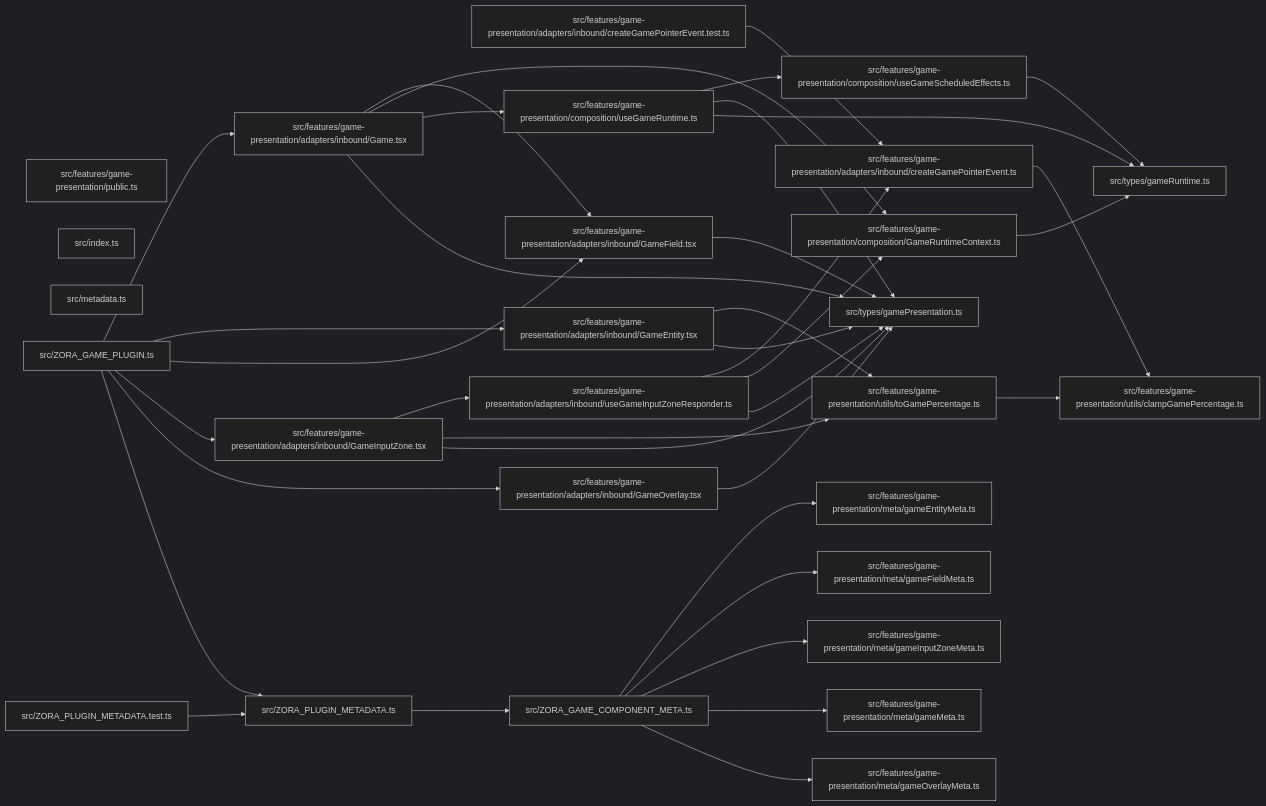
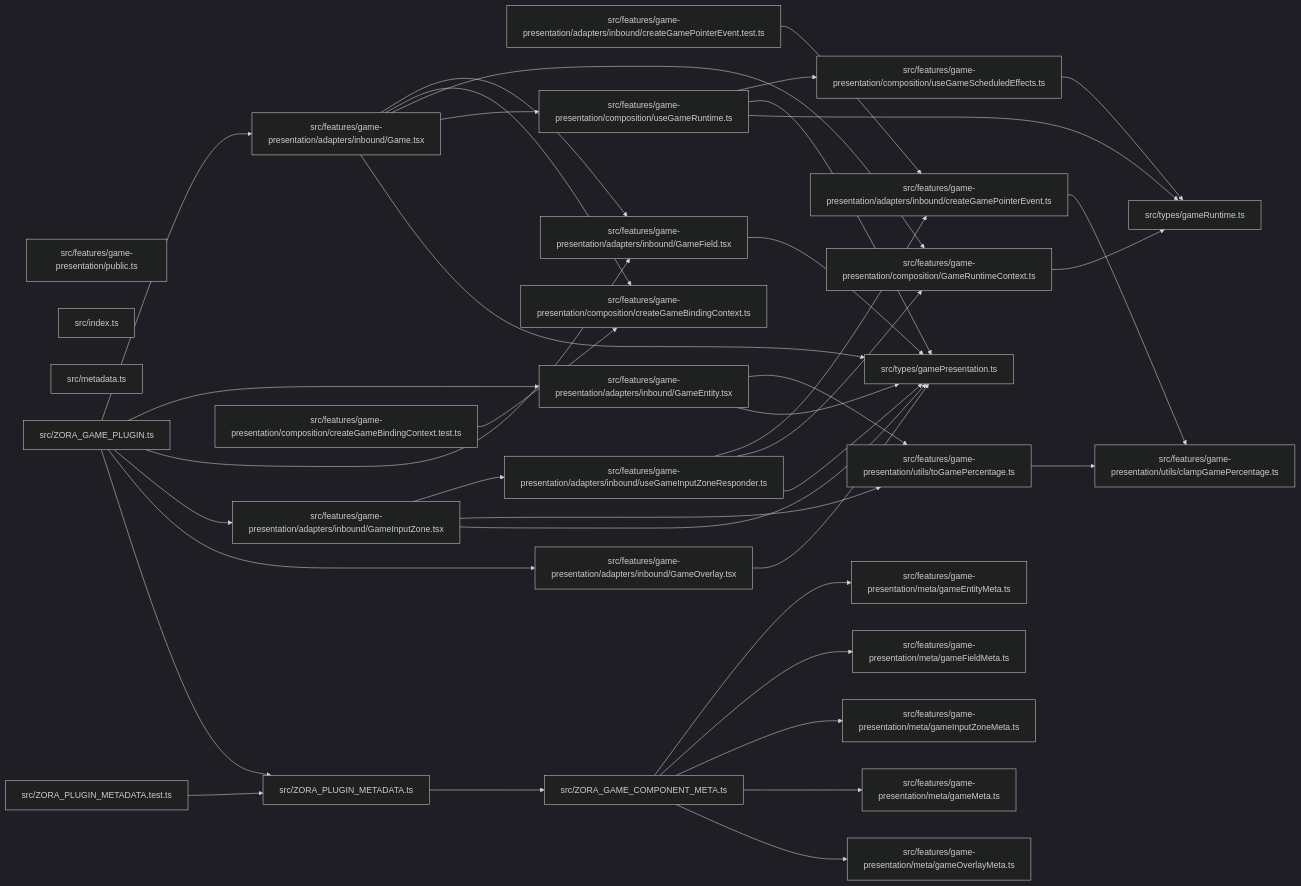
One commit to ankhorage/zora-game changed the diagram in paradox/diagrams/module-relationships.mmd. Above: the diagram before and after it, drawn with Mermaid (dark theme). The commit also changed 12 other files, not shown here.

```diff
--- a/paradox/diagrams/module-relationships.mmd
+++ b/paradox/diagrams/module-relationships.mmd
@@ -1,63 +1,67 @@
 graph LR
   module_src_features_game_presentation_adapters_inbound_createGamePointerEvent_test_ts["src/features/game-presentation/adapters/inbound/createGamePointerEvent.test.ts"]
   module_src_features_game_presentation_adapters_inbound_createGamePointerEvent_ts["src/features/game-presentation/adapters/inbound/createGamePointerEvent.ts"]
   module_src_features_game_presentation_adapters_inbound_Game_tsx["src/features/game-presentation/adapters/inbound/Game.tsx"]
   module_src_features_game_presentation_adapters_inbound_GameEntity_tsx["src/features/game-presentation/adapters/inbound/GameEntity.tsx"]
   module_src_features_game_presentation_adapters_inbound_GameField_tsx["src/features/game-presentation/adapters/inbound/GameField.tsx"]
   module_src_features_game_presentation_adapters_inbound_GameInputZone_tsx["src/features/game-presentation/adapters/inbound/GameInputZone.tsx"]
   module_src_features_game_presentation_adapters_inbound_GameOverlay_tsx["src/features/game-presentation/adapters/inbound/GameOverlay.tsx"]
   module_src_features_game_presentation_adapters_inbound_useGameInputZoneResponder_ts["src/features/game-presentation/adapters/inbound/useGameInputZoneResponder.ts"]
+  module_src_features_game_presentation_composition_createGameBindingContext_test_ts["src/features/game-presentation/composition/createGameBindingContext.test.ts"]
+  module_src_features_game_presentation_composition_createGameBindingContext_ts["src/features/game-presentation/composition/createGameBindingContext.ts"]
   module_src_features_game_presentation_composition_GameRuntimeContext_ts["src/features/game-presentation/composition/GameRuntimeContext.ts"]
   module_src_features_game_presentation_composition_useGameRuntime_ts["src/features/game-presentation/composition/useGameRuntime.ts"]
   module_src_features_game_presentation_composition_useGameScheduledEffects_ts["src/features/game-presentation/composition/useGameScheduledEffects.ts"]
   module_src_features_game_presentation_meta_gameEntityMeta_ts["src/features/game-presentation/meta/gameEntityMeta.ts"]
   module_src_features_game_presentation_meta_gameFieldMeta_ts["src/features/game-presentation/meta/gameFieldMeta.ts"]
   module_src_features_game_presentation_meta_gameInputZoneMeta_ts["src/features/game-presentation/meta/gameInputZoneMeta.ts"]
   module_src_features_game_presentation_meta_gameMeta_ts["src/features/game-presentation/meta/gameMeta.ts"]
   module_src_features_game_presentation_meta_gameOverlayMeta_ts["src/features/game-presentation/meta/gameOverlayMeta.ts"]
   module_src_features_game_presentation_public_ts["src/features/game-presentation/public.ts"]
   module_src_features_game_presentation_utils_clampGamePercentage_ts["src/features/game-presentation/utils/clampGamePercentage.ts"]
   module_src_features_game_presentation_utils_toGamePercentage_ts["src/features/game-presentation/utils/toGamePercentage.ts"]
   module_src_index_ts["src/index.ts"]
   module_src_metadata_ts["src/metadata.ts"]
   module_src_types_gamePresentation_ts["src/types/gamePresentation.ts"]
   module_src_types_gameRuntime_ts["src/types/gameRuntime.ts"]
   module_src_ZORA_GAME_COMPONENT_META_ts["src/ZORA_GAME_COMPONENT_META.ts"]
   module_src_ZORA_GAME_PLUGIN_ts["src/ZORA_GAME_PLUGIN.ts"]
   module_src_ZORA_PLUGIN_METADATA_test_ts["src/ZORA_PLUGIN_METADATA.test.ts"]
   module_src_ZORA_PLUGIN_METADATA_ts["src/ZORA_PLUGIN_METADATA.ts"]
   module_src_features_game_presentation_adapters_inbound_createGamePointerEvent_test_ts --> module_src_features_game_presentation_adapters_inbound_createGamePointerEvent_ts
   module_src_features_game_presentation_adapters_inbound_createGamePointerEvent_ts --> module_src_features_game_presentation_utils_clampGamePercentage_ts
   module_src_features_game_presentation_adapters_inbound_Game_tsx --> module_src_features_game_presentation_adapters_inbound_GameField_tsx
+  module_src_features_game_presentation_adapters_inbound_Game_tsx --> module_src_features_game_presentation_composition_createGameBindingContext_ts
   module_src_features_game_presentation_adapters_inbound_Game_tsx --> module_src_features_game_presentation_composition_GameRuntimeContext_ts
   module_src_features_game_presentation_adapters_inbound_Game_tsx --> module_src_features_game_presentation_composition_useGameRuntime_ts
   module_src_features_game_presentation_adapters_inbound_Game_tsx --> module_src_types_gamePresentation_ts
   module_src_features_game_presentation_adapters_inbound_GameEntity_tsx --> module_src_features_game_presentation_utils_toGamePercentage_ts
   module_src_features_game_presentation_adapters_inbound_GameEntity_tsx --> module_src_types_gamePresentation_ts
   module_src_features_game_presentation_adapters_inbound_GameField_tsx --> module_src_types_gamePresentation_ts
   module_src_features_game_presentation_adapters_inbound_GameInputZone_tsx --> module_src_features_game_presentation_adapters_inbound_useGameInputZoneResponder_ts
   module_src_features_game_presentation_adapters_inbound_GameInputZone_tsx --> module_src_features_game_presentation_utils_toGamePercentage_ts
   module_src_features_game_presentation_adapters_inbound_GameInputZone_tsx --> module_src_types_gamePresentation_ts
   module_src_features_game_presentation_adapters_inbound_GameOverlay_tsx --> module_src_types_gamePresentation_ts
   module_src_features_game_presentation_adapters_inbound_useGameInputZoneResponder_ts --> module_src_features_game_presentation_adapters_inbound_createGamePointerEvent_ts
   module_src_features_game_presentation_adapters_inbound_useGameInputZoneResponder_ts --> module_src_features_game_presentation_composition_GameRuntimeContext_ts
   module_src_features_game_presentation_adapters_inbound_useGameInputZoneResponder_ts --> module_src_types_gamePresentation_ts
+  module_src_features_game_presentation_composition_createGameBindingContext_test_ts --> module_src_features_game_presentation_composition_createGameBindingContext_ts
   module_src_features_game_presentation_composition_GameRuntimeContext_ts --> module_src_types_gameRuntime_ts
   module_src_features_game_presentation_composition_useGameRuntime_ts --> module_src_features_game_presentation_composition_useGameScheduledEffects_ts
   module_src_features_game_presentation_composition_useGameRuntime_ts --> module_src_types_gamePresentation_ts
   module_src_features_game_presentation_composition_useGameRuntime_ts --> module_src_types_gameRuntime_ts
   module_src_features_game_presentation_composition_useGameScheduledEffects_ts --> module_src_types_gameRuntime_ts
   module_src_features_game_presentation_utils_toGamePercentage_ts --> module_src_features_game_presentation_utils_clampGamePercentage_ts
   module_src_ZORA_GAME_COMPONENT_META_ts --> module_src_features_game_presentation_meta_gameEntityMeta_ts
   module_src_ZORA_GAME_COMPONENT_META_ts --> module_src_features_game_presentation_meta_gameFieldMeta_ts
   module_src_ZORA_GAME_COMPONENT_META_ts --> module_src_features_game_presentation_meta_gameInputZoneMeta_ts
   module_src_ZORA_GAME_COMPONENT_META_ts --> module_src_features_game_presentation_meta_gameMeta_ts
   module_src_ZORA_GAME_COMPONENT_META_ts --> module_src_features_game_presentation_meta_gameOverlayMeta_ts
   module_src_ZORA_GAME_PLUGIN_ts --> module_src_features_game_presentation_adapters_inbound_Game_tsx
   module_src_ZORA_GAME_PLUGIN_ts --> module_src_features_game_presentation_adapters_inbound_GameEntity_tsx
   module_src_ZORA_GAME_PLUGIN_ts --> module_src_features_game_presentation_adapters_inbound_GameField_tsx
   module_src_ZORA_GAME_PLUGIN_ts --> module_src_features_game_presentation_adapters_inbound_GameInputZone_tsx
   module_src_ZORA_GAME_PLUGIN_ts --> module_src_features_game_presentation_adapters_inbound_GameOverlay_tsx
   module_src_ZORA_GAME_PLUGIN_ts --> module_src_ZORA_PLUGIN_METADATA_ts
   module_src_ZORA_PLUGIN_METADATA_test_ts --> module_src_ZORA_PLUGIN_METADATA_ts
   module_src_ZORA_PLUGIN_METADATA_ts --> module_src_ZORA_GAME_COMPONENT_META_ts
```
